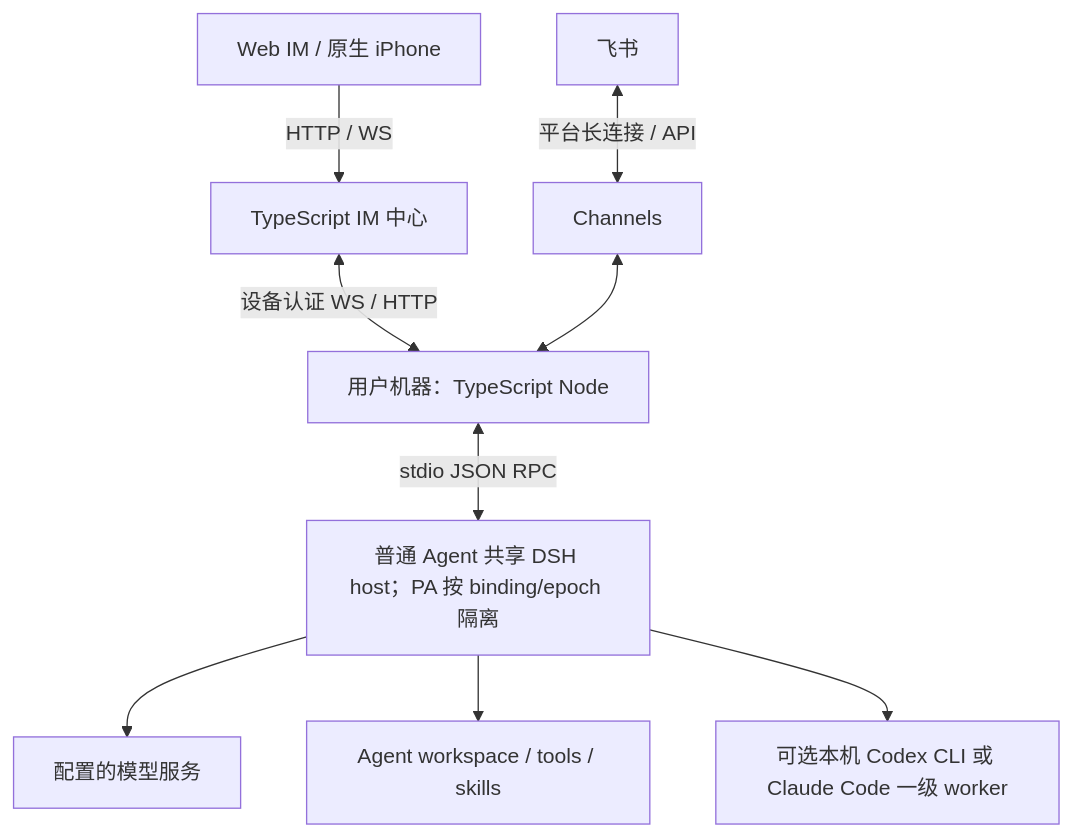
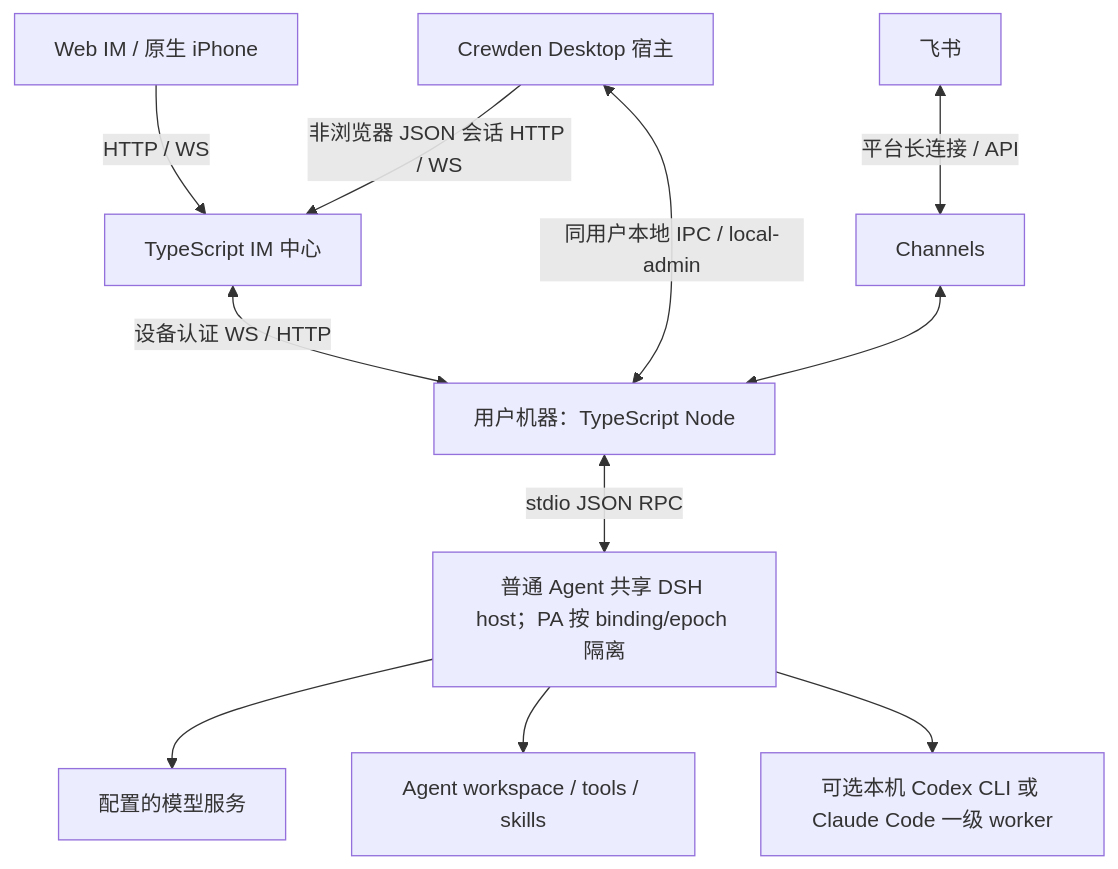
The diagram in SPEC.md (Mrchen116/nano-multiagent), drawn with Mermaid before and after one commit. The commit also changed other lines of this file and 87 other files, not shown here.

Commit message:
feat(desktop): implement M1 macOS Desktop client, local bridge, and node admin

````diff
--- a/SPEC.md
+++ b/SPEC.md
@@ -15,11 +15,13 @@
 ```mermaid
 flowchart TD
   Web[Web IM / 原生 iPhone] -->|HTTP / WS| IM[TypeScript IM 中心]
-  IM <-->|设备认证 WS / HTTP| Node[用户机器：TypeScript Node]
+  Desktop[Crewden Desktop 宿主] -->|非浏览器 JSON 会话 HTTP / WS| IM
+  Desktop <-->|同用户本地 IPC / local-admin| Node[用户机器：TypeScript Node]
+  IM <-->|设备认证 WS / HTTP| Node
   Feishu[飞书] <-->|平台长连接 / API| Channels[Channels]
   Channels <--> Node
   Node <-->|stdio JSON RPC| DSH[普通 Agent 共享 DSH host；PA 按 binding/epoch 隔离]
   DSH --> LLM[配置的模型服务]
   DSH --> Workspace[Agent workspace / tools / skills]
   DSH --> CLI[可选本机 Codex CLI 或 Claude Code 一级 worker]
 ```
````
